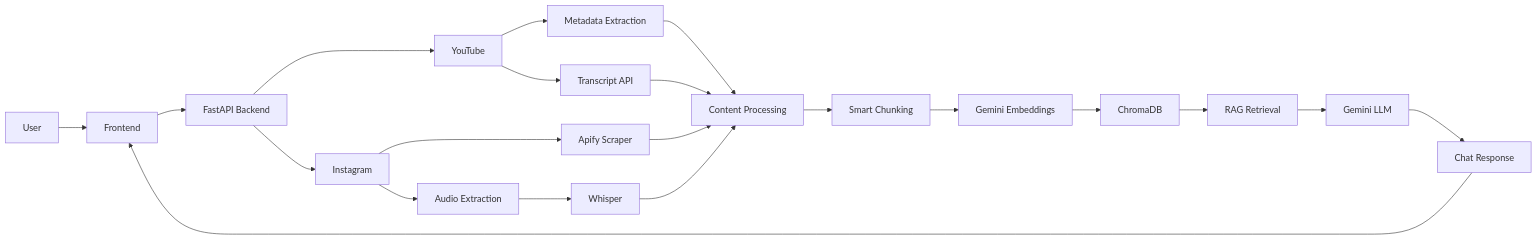
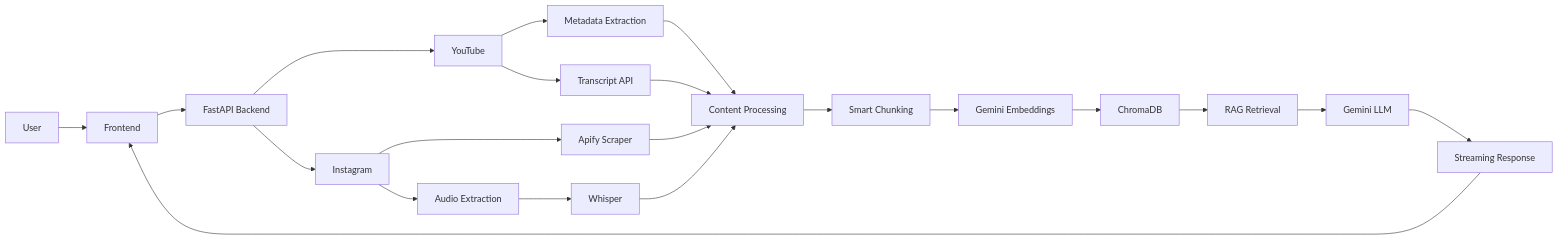
One commit to asadshaikh-21/creatorjoy-rag changed the diagram in README.md. Above: the diagram before and after it, drawn with Mermaid. The commit also changed other lines of this file, not shown here.

Commit message:
docs: refine README with architecture, workflow, and tech stack

````diff
--- a/README.md
+++ b/README.md
@@ -74,38 +44,38 @@
 ```mermaid
 flowchart LR
 
     U[User] --> F[Frontend]
 
     F --> API[FastAPI Backend]
 
     API --> YT[YouTube]
     API --> IG[Instagram]
 
     YT --> YTM[Metadata Extraction]
     YT --> YTT[Transcript API]
 
     IG --> IGM[Apify Scraper]
     IG --> IGA[Audio Extraction]
 
     IGA --> WH[Whisper]
 
     YTM --> PROC[Content Processing]
     YTT --> PROC
 
     IGM --> PROC
     WH --> PROC
 
     PROC --> CHUNK[Smart Chunking]
 
     CHUNK --> EMBED[Gemini Embeddings]
 
     EMBED --> DB[ChromaDB]
 
     DB --> RAG[RAG Retrieval]
 
     RAG --> LLM[Gemini LLM]
 
-    LLM --> RESP[Chat Response]
+    LLM --> RESP[Streaming Response]
 
     RESP --> F
 ```
````
